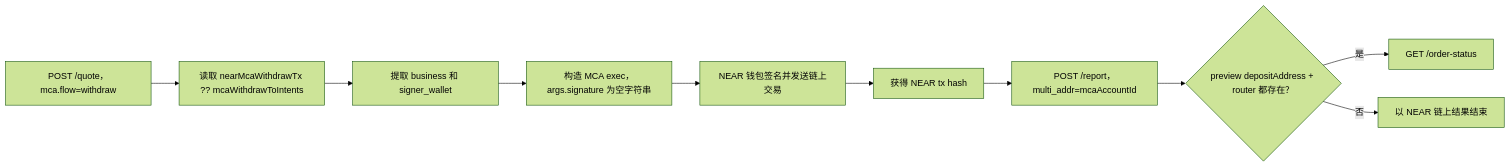
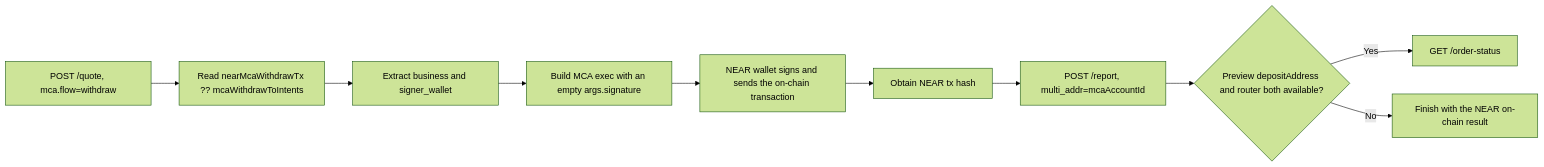
One commit to rhea-finance/rhea-sdk-docs changed the fourth of 6 diagrams in MCA_SWAP_HTTP_API.md. Above: the diagram before and after it, drawn with Mermaid (forest theme). The commit also changed other lines of this file, not shown here.

````diff
--- a/MCA_SWAP_HTTP_API.md
+++ b/MCA_SWAP_HTTP_API.md
@@ -666,12 +666,12 @@
 ```mermaid
 flowchart LR
-  Q["POST /quote，mca.flow=withdraw"] --> V["读取 nearMcaWithdrawTx ?? mcaWithdrawToIntents"]
-  V --> B["提取 business 和 signer_wallet"]
-  B --> E["构造 MCA exec，args.signature 为空字符串"]
-  E --> T["NEAR 钱包签名并发送链上交易"]
-  T --> H["获得 NEAR tx hash"]
-  H --> R["POST /report，multi_addr=mcaAccountId"]
-  R --> P{"preview depositAddress + router 都存在？"}
-  P -->|"是"| S["GET /order-status"]
-  P -->|"否"| C["以 NEAR 链上结果结束"]
+  Q["POST /quote, mca.flow=withdraw"] --> V["Read nearMcaWithdrawTx ?? mcaWithdrawToIntents"]
+  V --> B["Extract business and signer_wallet"]
+  B --> E["Build MCA exec with an empty args.signature"]
+  E --> T["NEAR wallet signs and sends the on-chain transaction"]
+  T --> H["Obtain NEAR tx hash"]
+  H --> R["POST /report, multi_addr=mcaAccountId"]
+  R --> P{"Preview depositAddress and router both available?"}
+  P -->|"Yes"| S["GET /order-status"]
+  P -->|"No"| C["Finish with the NEAR on-chain result"]
 ```
````
